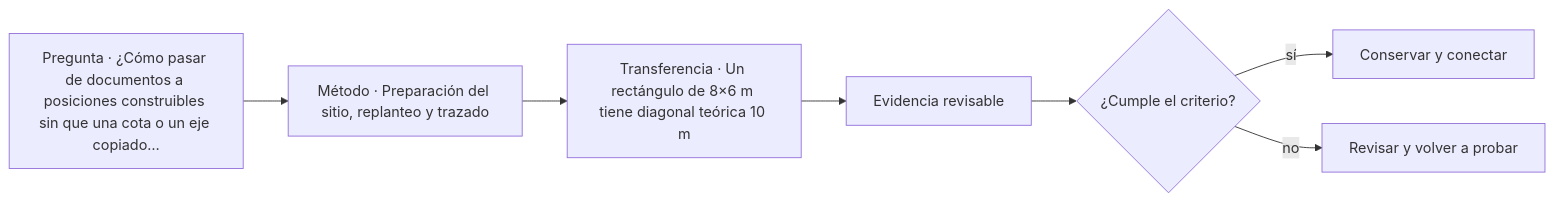
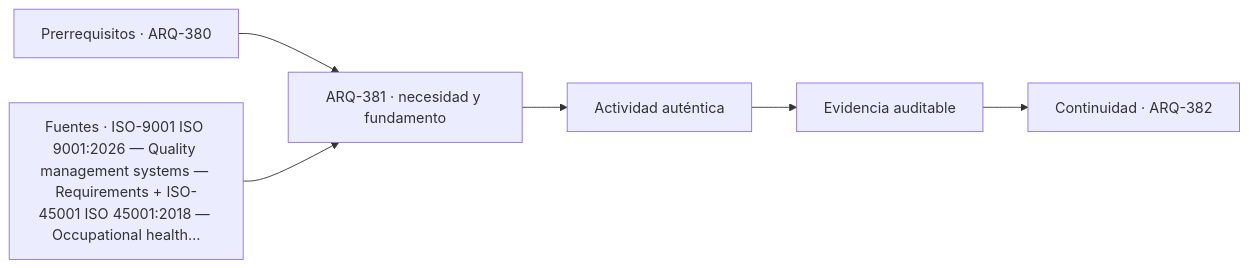
One commit to vladimiracunadev-create/architecture-built-environment-learning-program changed the diagram in classes/parte-39/ARQ-381.md. Above: the diagram before and after it, drawn with Mermaid. The commit also changed other lines of this file and 761 other files, not shown here.

````diff
--- a/classes/parte-39/ARQ-381.md
+++ b/classes/parte-39/ARQ-381.md
@@ -101,9 +113,8 @@
 ```mermaid
 flowchart LR
-    Q["Pregunta · ¿Cómo pasar de documentos a posiciones construibles sin que una cota o un eje copiado…"] --> M["Método · Preparación del sitio, replanteo y trazado"]
-    M --> P["Transferencia · Un rectángulo de 8×6 m tiene diagonal teórica 10 m"]
-    P --> E["Evidencia revisable"]
-    E --> C{"¿Cumple el criterio?"}
-    C -->|sí| T["Conservar y conectar"]
-    C -->|no| R["Revisar y volver a probar"]
+    A["Prerrequisitos · ARQ-380"] --> B["ARQ-381 · necesidad y fundamento"]
+    S["Fuentes · ISO-9001 ISO 9001:2026 — Quality management systems — Requirements + ISO-45001 ISO 45001:2018 — Occupational health…"] --> B
+    B --> C["Actividad auténtica"]
+    C --> D["Evidencia auditable"]
+    D --> E["Continuidad · ARQ-382"]
 ```
````
